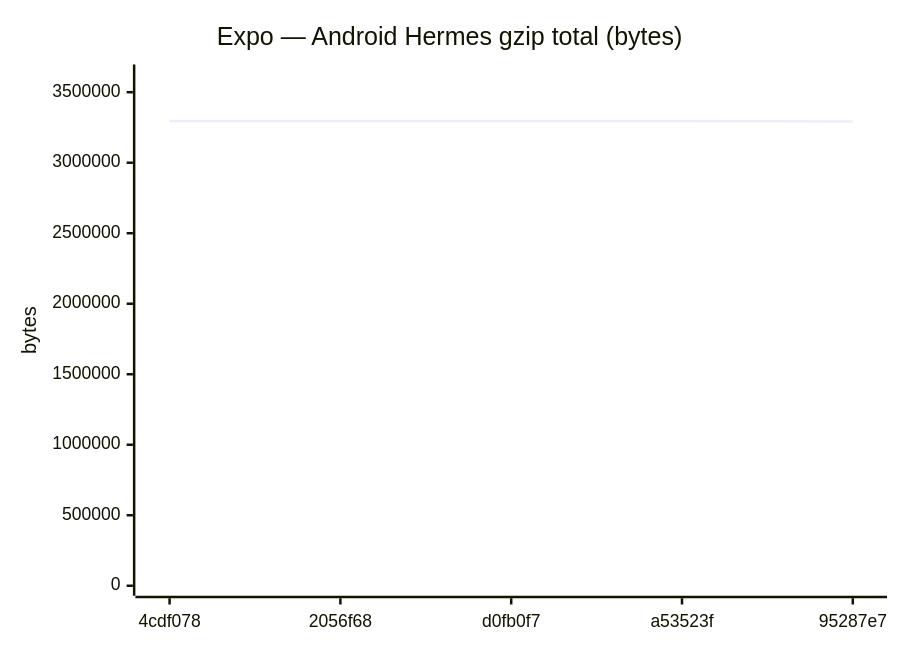
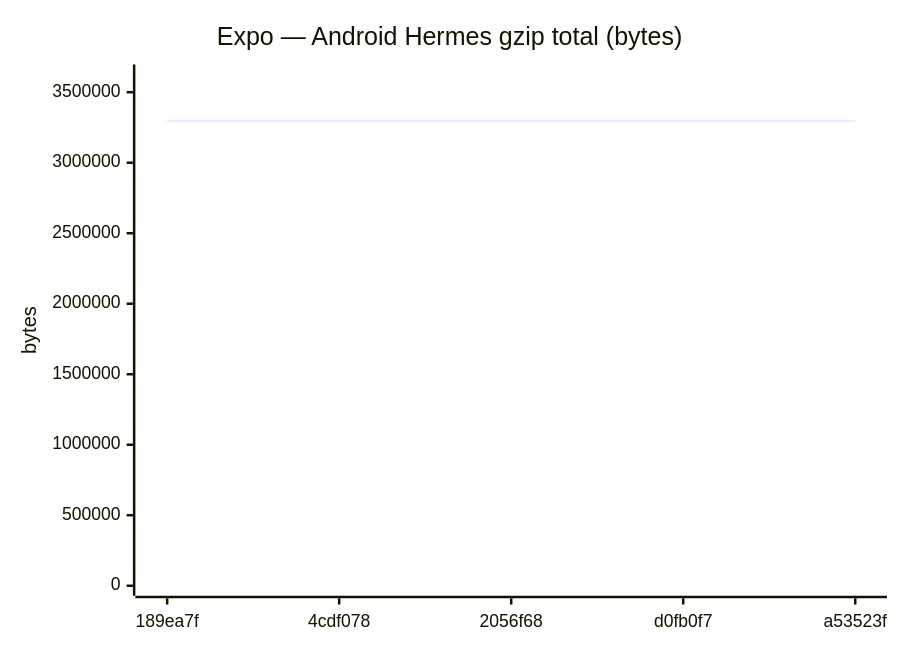
One commit to Metaheurist/Rianell changed diagram 11 of 18 in benchmarks/compare.md. Above: the diagram before and after it, drawn with Mermaid. The commit also changed other lines of this file and 11 other files, not shown here.

````diff
--- a/benchmarks/compare.md
+++ b/benchmarks/compare.md
@@ -172,7 +172,7 @@
 ```mermaid
 xychart-beta
     title "Expo — Android Hermes gzip total (bytes)"
-    x-axis ["4cdf078", "2056f68", "d0fb0f7", "a53523f", "95287e7"]
-    y-axis "bytes" 0 --> 3625571
-    line [3295973, 3295761, 3295758, 3295757, 3291461]
+    x-axis ["189ea7f", "4cdf078", "2056f68", "d0fb0f7", "a53523f"]
+    y-axis "bytes" 0 --> 3625626
+    line [3296023, 3295973, 3295761, 3295758, 3295757]
 ```
````
